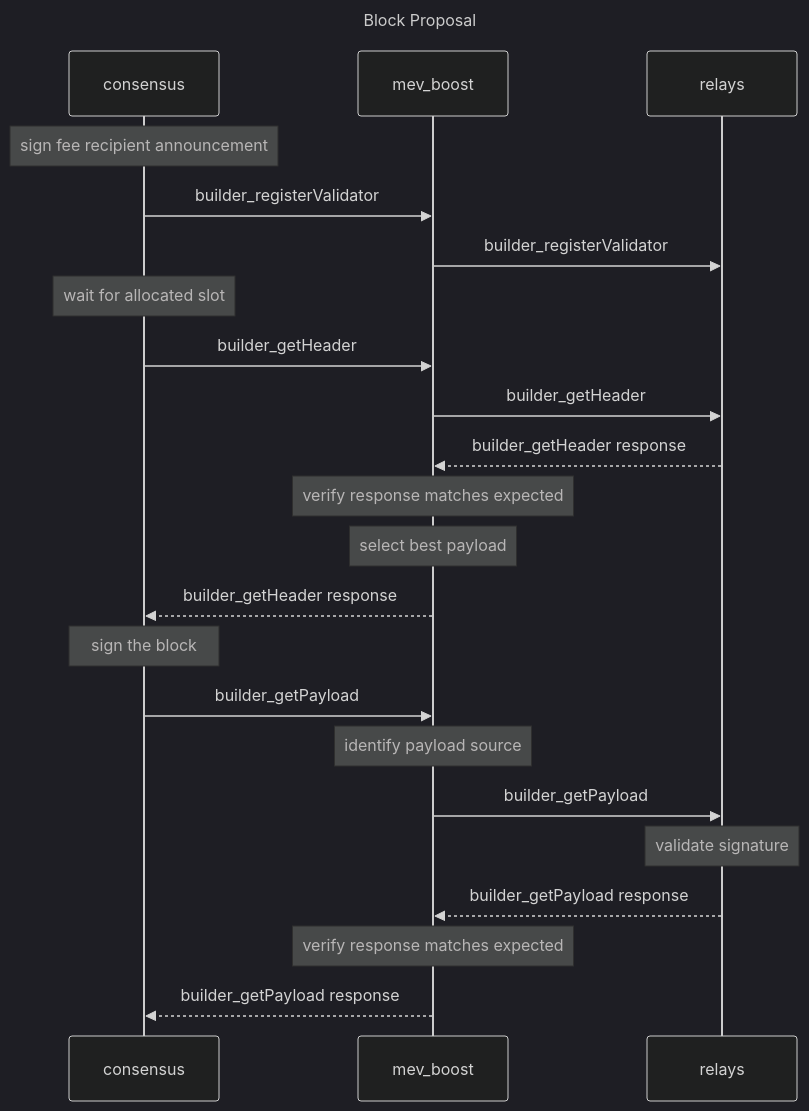
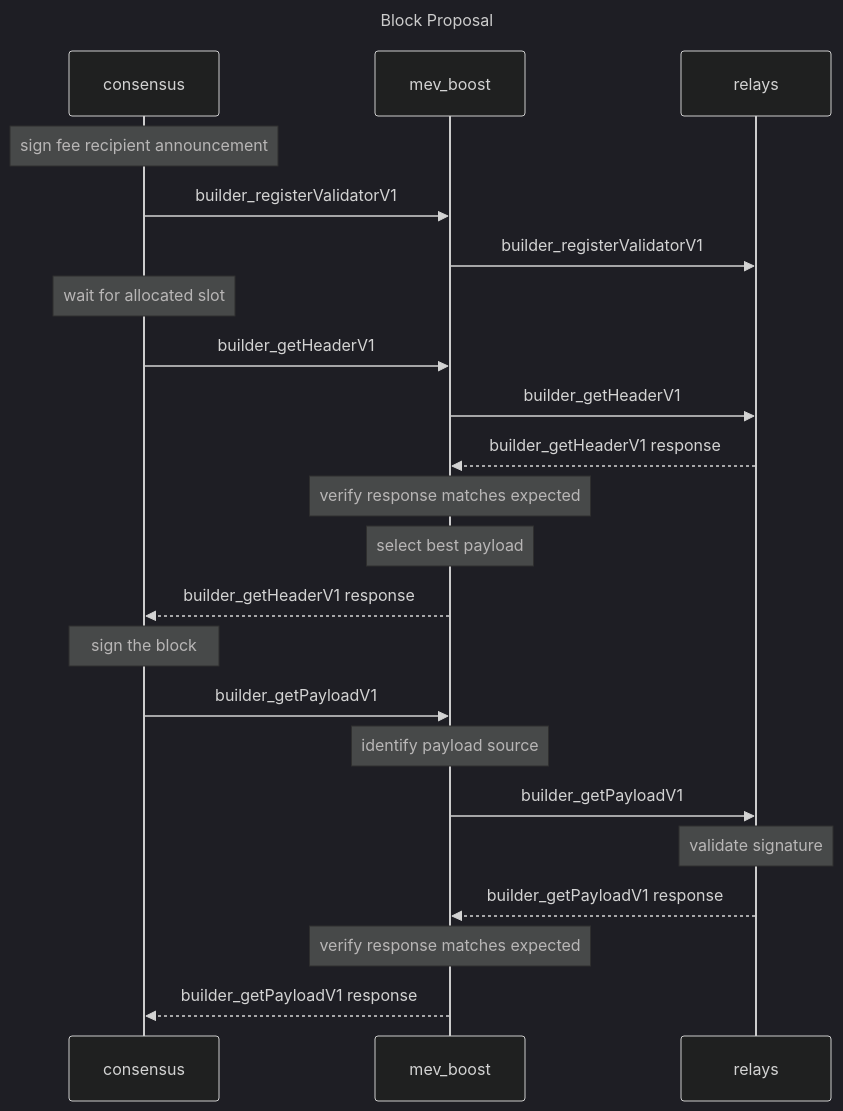
One commit to flashbots/mev-boost changed the diagram in README.md. Above: the diagram before and after it, drawn with Mermaid (dark theme). The commit also changed other lines of this file and 4 other files, not shown here.

````diff
--- a/README.md
+++ b/README.md
@@ -15,25 +24,25 @@
 ```mermaid
 sequenceDiagram
     participant consensus
     participant mev_boost
     participant relays
     Title: Block Proposal
     Note over consensus: sign fee recipient announcement
-    consensus->>mev_boost: builder_registerValidator
-    mev_boost->>relays: builder_registerValidator
+    consensus->>mev_boost: builder_registerValidatorV1
+    mev_boost->>relays: builder_registerValidatorV1
     Note over consensus: wait for allocated slot
-    consensus->>mev_boost: builder_getHeader
-    mev_boost->>relays: builder_getHeader
-    relays-->>mev_boost: builder_getHeader response
+    consensus->>mev_boost: builder_getHeaderV1
+    mev_boost->>relays: builder_getHeaderV1
+    relays-->>mev_boost: builder_getHeaderV1 response
     Note over mev_boost: verify response matches expected
     Note over mev_boost: select best payload
-    mev_boost-->>consensus: builder_getHeader response
+    mev_boost-->>consensus: builder_getHeaderV1 response
     Note over consensus: sign the block
-    consensus->>mev_boost: builder_getPayload
+    consensus->>mev_boost: builder_getPayloadV1
     Note over mev_boost: identify payload source
-    mev_boost->>relays: builder_getPayload
+    mev_boost->>relays: builder_getPayloadV1
     Note over relays: validate signature
-    relays-->>mev_boost: builder_getPayload response
+    relays-->>mev_boost: builder_getPayloadV1 response
     Note over mev_boost: verify response matches expected
-    mev_boost-->>consensus: builder_getPayload response
+    mev_boost-->>consensus: builder_getPayloadV1 response
 ```
````
